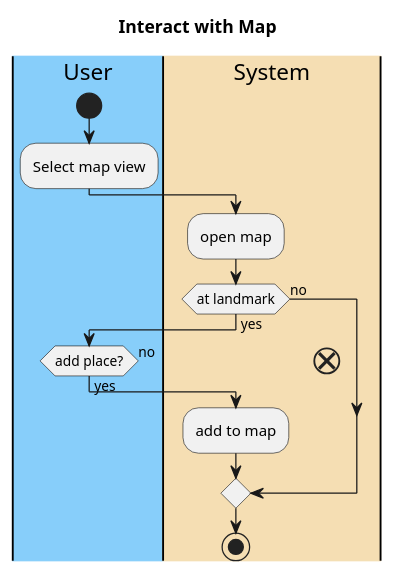
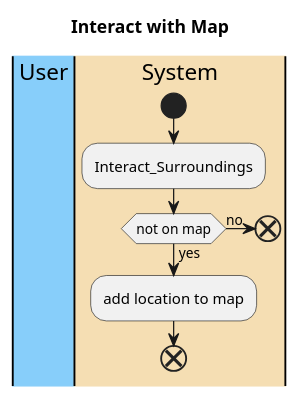
The diagram in CMPU_203_PirateGame/doc/use-cases/Interact_with_Map.md (emutchek/MaraudersAtSea), drawn with PlantUML before and after one commit. The commit also changed 1 other file, not shown here.

Commit message:
edited use cases

````diff
--- a/CMPU_203_PirateGame/doc/use-cases/Interact_with_Map.md
+++ b/CMPU_203_PirateGame/doc/use-cases/Interact_with_Map.md
@@ -34,25 +34,17 @@
 ```PlantUML
 @startuml 
 title Interact with Map
 |#LightSkyBlue|User|
 |#Wheat|System|
 
-|User|
+|System|
 start
-:Select map view;
-|System|
-:open map;
-if (at landmark) then (yes)
-    |User|
-    if(add place?) then (yes)
-    |System|
-    :add to map;
-    else(no)
-    end
-    endif
-else (no)
-endif
-stop
+:Interact_Surroundings;
+if(not on map) then (yes)
+:add location to map;
+end
+else(no)
+end
 
 @enduml
 ```
````
